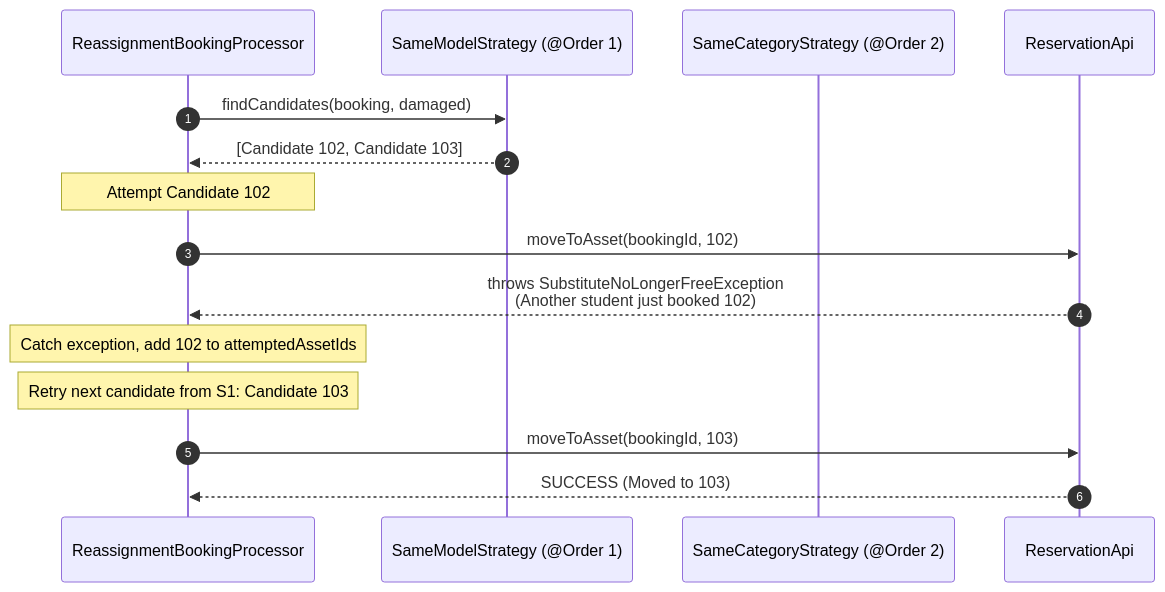
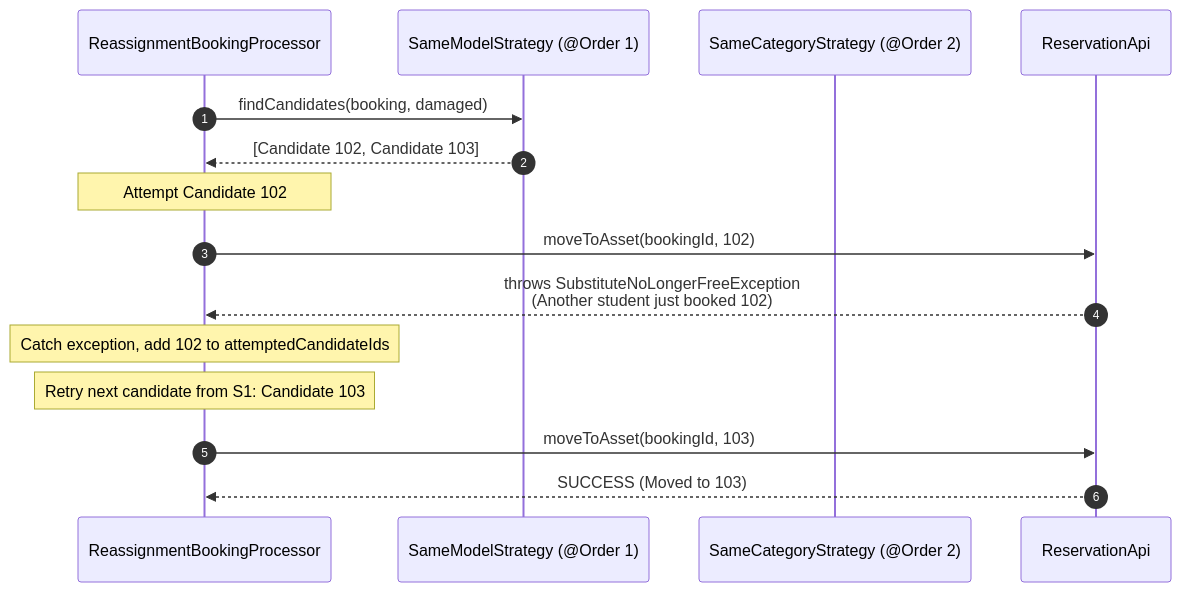
The second of 2 diagrams in docs/patterns/strategy-pattern.md (FundamenteleInginerieiSoftware/campus-hub), drawn with Mermaid before and after one commit. The commit also changed other lines of this file, not shown here.

Commit message:
docs(patterns): align strategy pattern specification with exact main code and architecture

````diff
--- a/docs/patterns/strategy-pattern.md
+++ b/docs/patterns/strategy-pattern.md
@@ -173,20 +274,20 @@
 ```mermaid
 sequenceDiagram
     autonumber
     participant Engine as ReassignmentBookingProcessor
     participant S1 as SameModelStrategy (@Order 1)
     participant S2 as SameCategoryStrategy (@Order 2)
     participant Res as ReservationApi
 
     Engine->>S1: findCandidates(booking, damaged)
     S1-->>Engine: [Candidate 102, Candidate 103]
 
     Note over Engine: Attempt Candidate 102
     Engine->>Res: moveToAsset(bookingId, 102)
     Res-->>Engine: throws SubstituteNoLongerFreeException<br/>(Another student just booked 102)
 
-    Note over Engine: Catch exception, add 102 to attemptedAssetIds
+    Note over Engine: Catch exception, add 102 to attemptedCandidateIds
     Note over Engine: Retry next candidate from S1: Candidate 103
     Engine->>Res: moveToAsset(bookingId, 103)
     Res-->>Engine: SUCCESS (Moved to 103)
 ```
````
